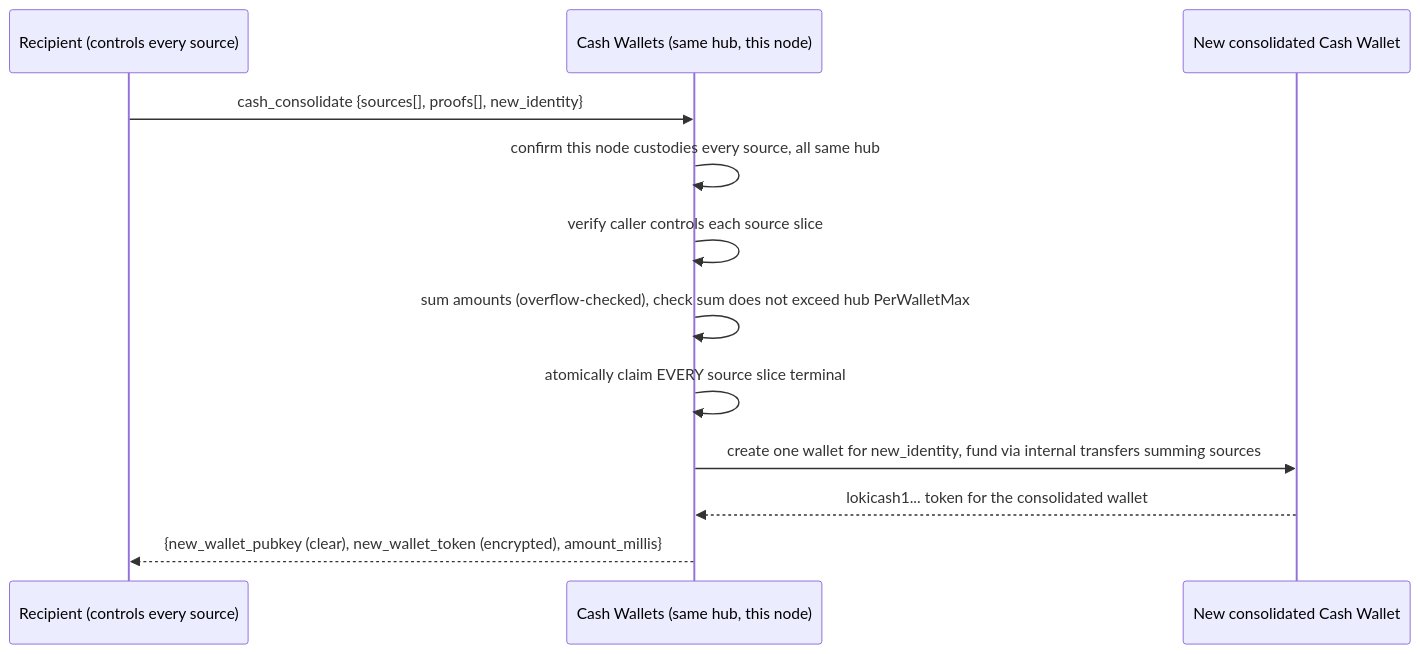
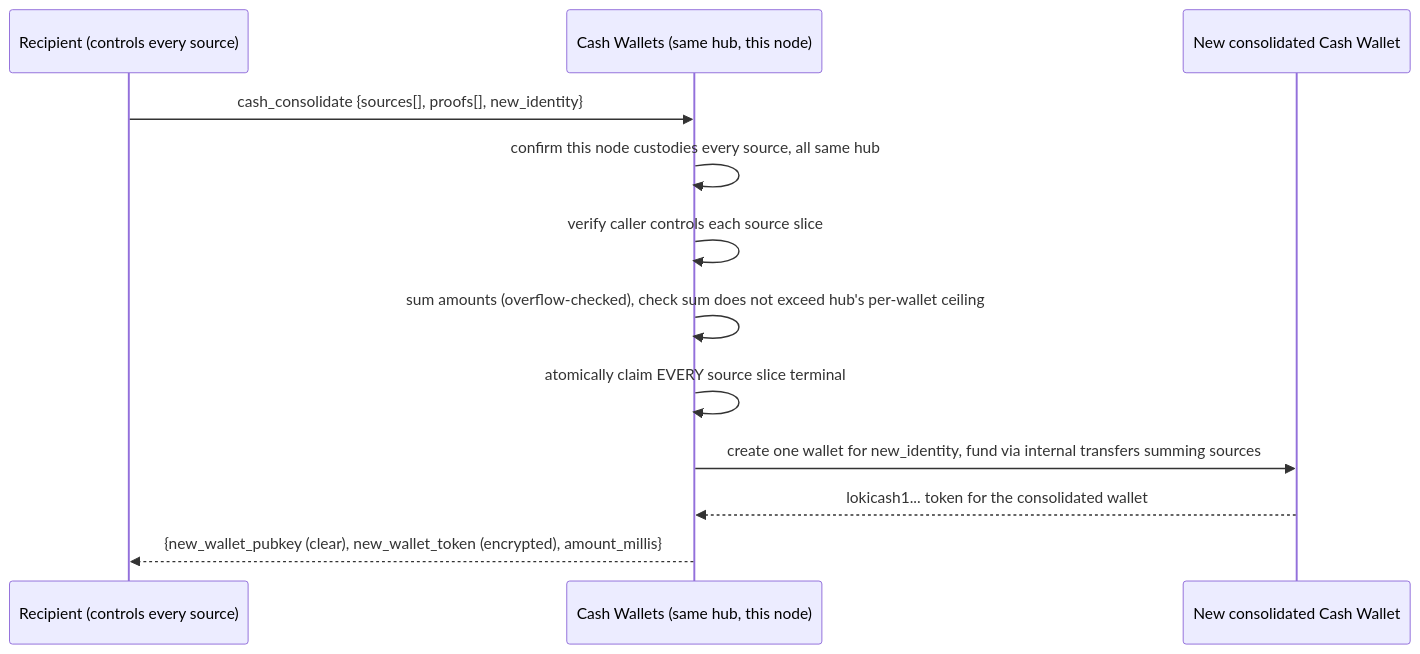
The sixth of 8 diagrams in docs/nips/NIP-CASH.md (flokiorg/lokihub), drawn with Mermaid before and after one commit. The commit also changed other lines of this file and 1 other file, not shown here.

````diff
--- a/docs/nips/NIP-CASH.md
+++ b/docs/nips/NIP-CASH.md
@@ -798,15 +798,15 @@
 ```mermaid
 sequenceDiagram
     participant Caller as Recipient (controls every source)
     participant Node as Cash Wallets (same hub, this node)
     participant New as New consolidated Cash Wallet
 
     Caller->>Node: cash_consolidate {sources[], proofs[], new_identity}
     Node->>Node: confirm this node custodies every source, all same hub
     Node->>Node: verify caller controls each source slice
-    Node->>Node: sum amounts (overflow-checked), check sum does not exceed hub PerWalletMax
+    Node->>Node: sum amounts (overflow-checked), check sum does not exceed hub's per-wallet ceiling
     Node->>Node: atomically claim EVERY source slice terminal
     Node->>New: create one wallet for new_identity, fund via internal transfers summing sources
     New-->>Node: lokicash1... token for the consolidated wallet
     Node-->>Caller: {new_wallet_pubkey (clear), new_wallet_token (encrypted), amount_millis}
 ```
````
